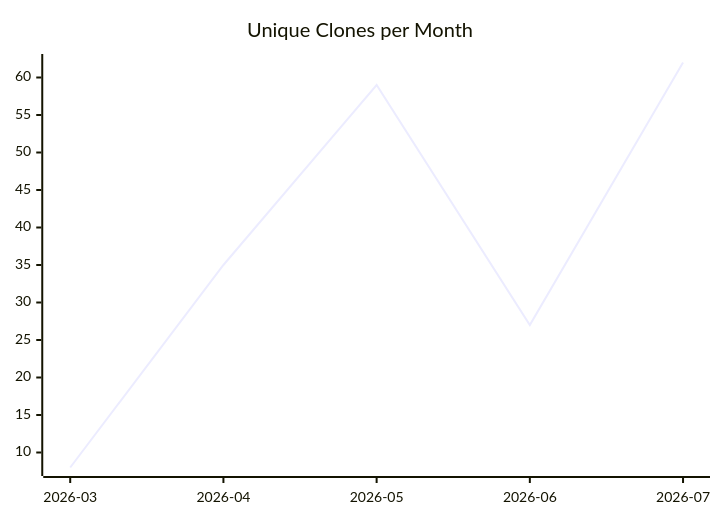
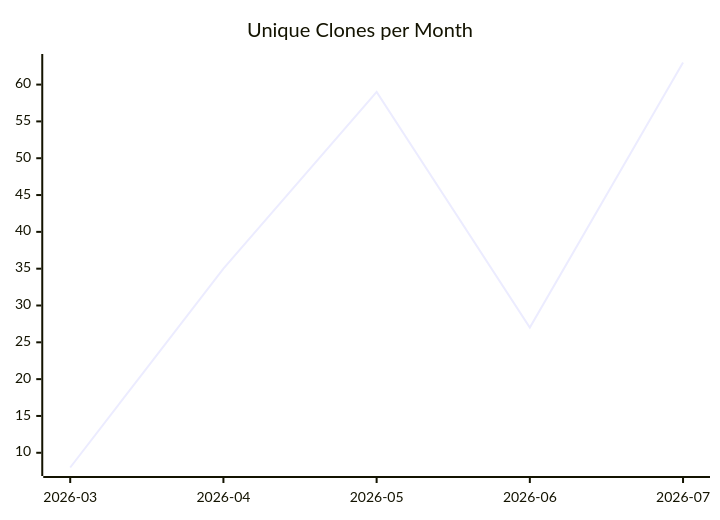
Before and after one commit to justdavis-family/github-analytics-data: the third of 3 diagrams in karlmdavis/fhir-benchmarks/README.md, drawn with Mermaid. The commit also changed other lines of this file and 188 other files, not shown here.

````diff
--- a/karlmdavis/fhir-benchmarks/README.md
+++ b/karlmdavis/fhir-benchmarks/README.md
@@ -19,6 +19,6 @@
 ```mermaid
 xychart-beta
   title "Unique Clones per Month"
   x-axis ["2026-03", "2026-04", "2026-05", "2026-06", "2026-07"]
-  line [8, 35, 59, 27, 62]
+  line [8, 35, 59, 27, 63]
 ```
````
